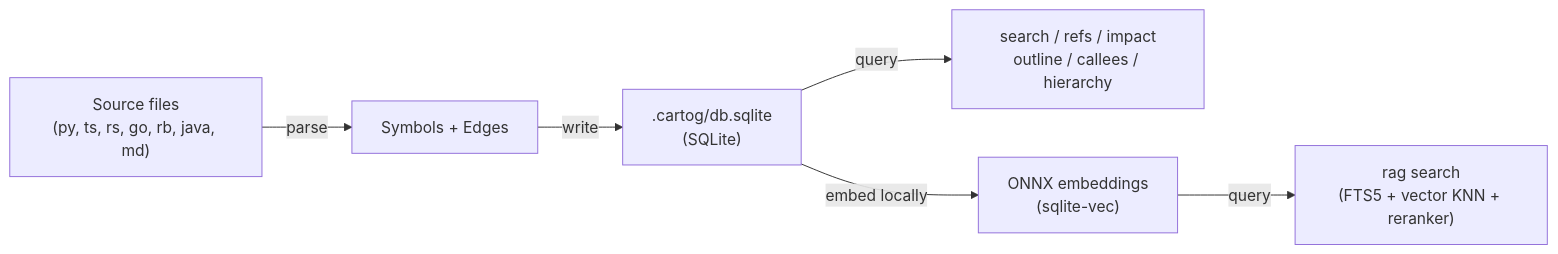
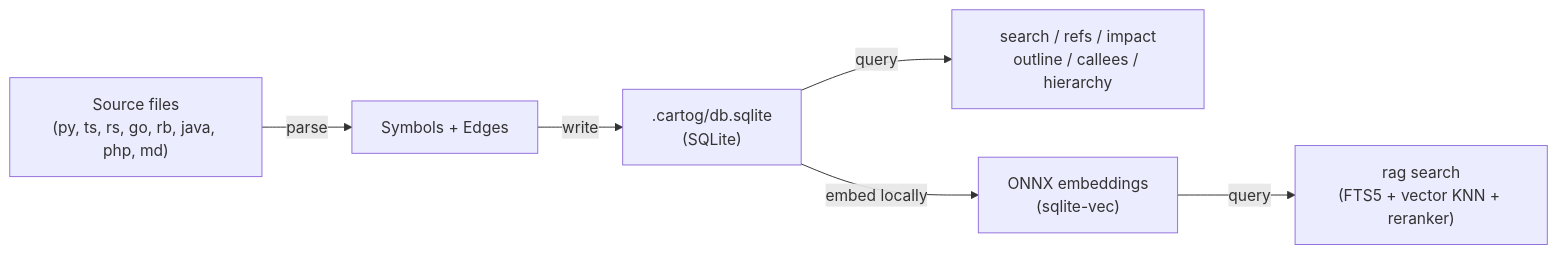
Before and after one commit to floyoops/cartog: the diagram in README.md, drawn with Mermaid. The commit also changed other lines of this file and 8 other files, not shown here.

````diff
--- a/README.md
+++ b/README.md
@@ -296,8 +297,8 @@
 ```mermaid
 graph LR
-    A["Source files<br/>(py, ts, rs, go, rb, java, md)"] -->|parse| B["Symbols + Edges"]
+    A["Source files<br/>(py, ts, rs, go, rb, java, php, md)"] -->|parse| B["Symbols + Edges"]
     B -->|write| C[".cartog/db.sqlite<br/>(SQLite)"]
     C -->|query| D["search / refs / impact<br/>outline / callees / hierarchy"]
     C -->|embed locally| E["ONNX embeddings<br/>(sqlite-vec)"]
     E -->|query| F["rag search<br/>(FTS5 + vector KNN + reranker)"]
 ```
````
